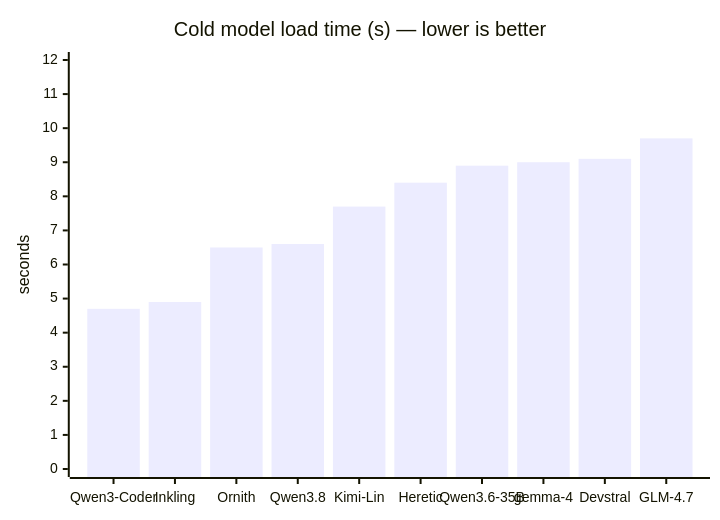
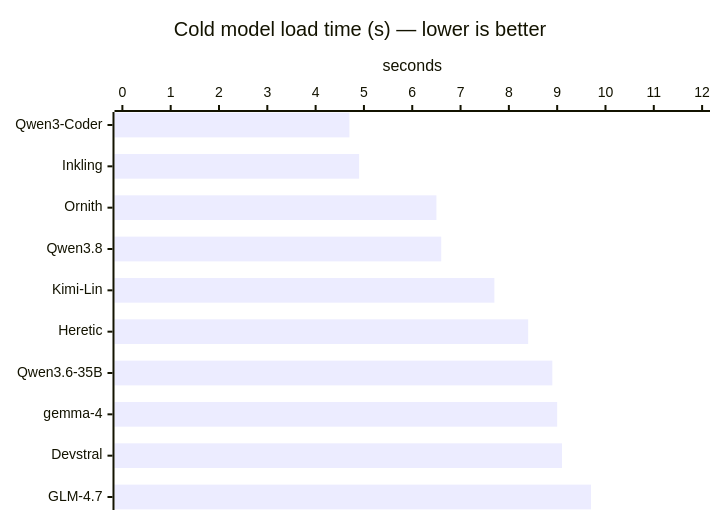
The third of 4 diagrams in README.md (mahirfatih/omlx-m1-max-benchmark), drawn with Mermaid before and after one commit. The commit also changed other lines of this file and 2 other files, not shown here.

First line of the commit message:
docs: make bar-chart model names readable

````diff
--- a/README.md
+++ b/README.md
@@ -169,7 +170,7 @@
 ```mermaid
-xychart-beta
+xychart-beta horizontal
     title "Cold model load time (s) — lower is better"
     x-axis ["Qwen3-Coder", "Inkling", "Ornith", "Qwen3.8", "Kimi-Lin", "Heretic", "Qwen3.6-35B", "gemma-4", "Devstral", "GLM-4.7"]
     y-axis "seconds" 0 --> 12
     bar [4.7, 4.9, 6.5, 6.6, 7.7, 8.4, 8.9, 9.0, 9.1, 9.7]
 ```
````
